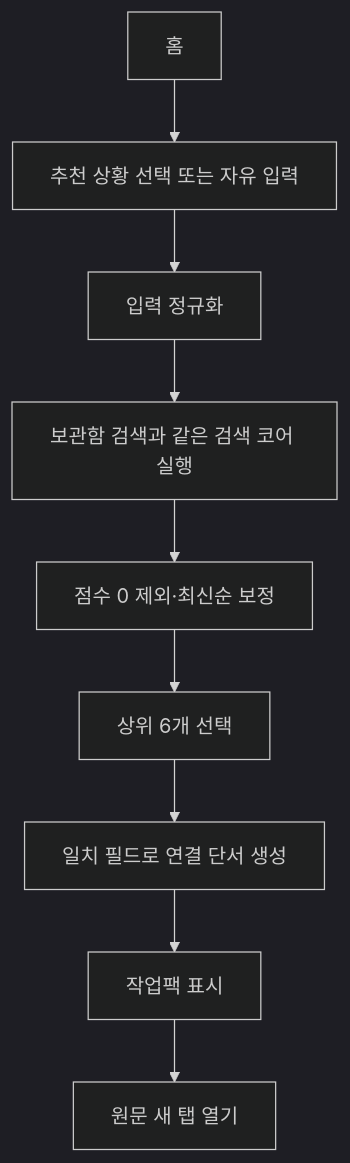
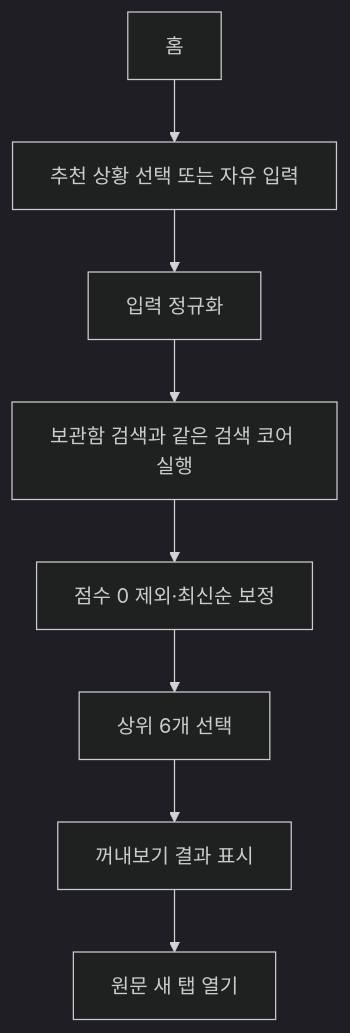
Before and after one commit to Mureung1/hub-showcase: the diagram in docs/retrieve.md, drawn with Mermaid (dark theme). The commit also changed other lines of this file and 8 other files, not shown here.

````diff
--- a/docs/retrieve.md
+++ b/docs/retrieve.md
@@ -126,11 +111,10 @@
 ```mermaid
 flowchart TD
   A["홈"] --> B["추천 상황 선택 또는 자유 입력"]
   B --> C["입력 정규화"]
   C --> D["보관함 검색과 같은 검색 코어 실행"]
   D --> E["점수 0 제외·최신순 보정"]
   E --> F["상위 6개 선택"]
-  F --> G["일치 필드로 연결 단서 생성"]
-  G --> H["작업팩 표시"]
-  H --> I["원문 새 탭 열기"]
+  F --> G["꺼내보기 결과 표시"]
+  G --> H["원문 새 탭 열기"]
 ```
````
